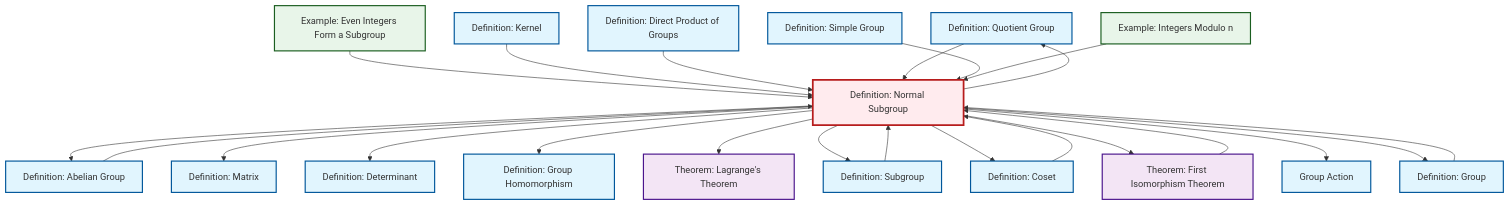
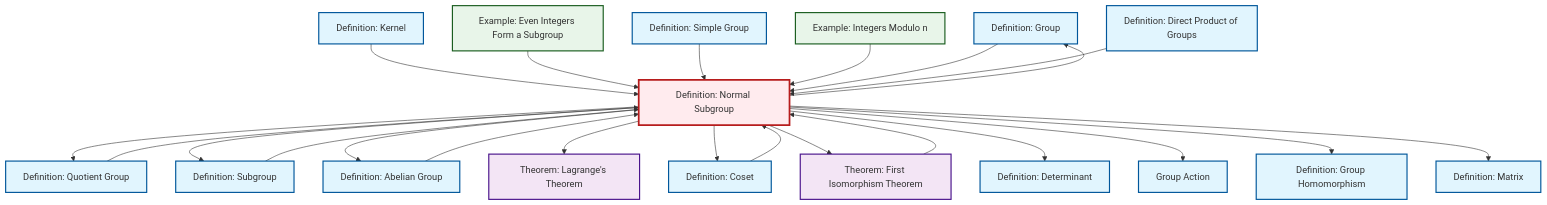
One commit to RK0429/ModernMath changed the diagram in content/ja/algebra/def-normal-subgroup.qmd. Above: the diagram before and after it, drawn with Mermaid. The commit also changed other lines of this file and 18 other files, not shown here.

````diff
--- a/content/ja/algebra/def-normal-subgroup.qmd
+++ b/content/ja/algebra/def-normal-subgroup.qmd
@@ -97,65 +97,65 @@
 ```{mermaid}
 %%| fig-cap: "Local dependency graph"
 graph TD
     classDef definition fill:#e1f5fe,stroke:#01579b,stroke-width:2px
     classDef theorem fill:#f3e5f5,stroke:#4a148c,stroke-width:2px
     classDef axiom fill:#fff3e0,stroke:#e65100,stroke-width:2px
     classDef example fill:#e8f5e9,stroke:#1b5e20,stroke-width:2px
     classDef current fill:#ffebee,stroke:#b71c1c,stroke-width:3px
+    def-homomorphism["Definition: Group Homomorphism"]:::definition
+    def-group["Definition: Group"]:::definition
+    ex-quotient-integers-mod-n["Example: Integers Modulo n"]:::example
+    def-coset["Definition: Coset"]:::definition
+    thm-first-isomorphism["Theorem: First Isomorphism Theorem"]:::theorem
+    thm-lagrange["Theorem: Lagrange's Theorem"]:::theorem
     def-quotient-group["Definition: Quotient Group"]:::definition
+    def-subgroup["Definition: Subgroup"]:::definition
+    def-simple-group["Definition: Simple Group"]:::definition
+    def-matrix["Definition: Matrix"]:::definition
+    def-determinant["Definition: Determinant"]:::definition
     def-direct-product["Definition: Direct Product of Groups"]:::definition
+    ex-even-integers-subgroup["Example: Even Integers Form a Subgroup"]:::example
+    def-abelian-group["Definition: Abelian Group"]:::definition
     def-kernel["Definition: Kernel"]:::definition
     def-group-action["Group Action"]:::definition
-    ex-even-integers-subgroup["Example: Even Integers Form a Subgroup"]:::example
-    def-abelian-group["Definition: Abelian Group"]:::definition
-    def-subgroup["Definition: Subgroup"]:::definition
-    def-simple-group["Definition: Simple Group"]:::definition
-    ex-quotient-integers-mod-n["Example: Integers Modulo n"]:::example
-    def-group["Definition: Group"]:::definition
-    def-matrix["Definition: Matrix"]:::definition
     def-normal-subgroup["Definition: Normal Subgroup"]:::definition
-    def-homomorphism["Definition: Group Homomorphism"]:::definition
-    def-determinant["Definition: Determinant"]:::definition
-    def-coset["Definition: Coset"]:::definition
-    thm-lagrange["Theorem: Lagrange's Theorem"]:::theorem
-    thm-first-isomorphism["Theorem: First Isomorphism Theorem"]:::theorem
-    def-coset --> def-normal-subgroup
-    def-normal-subgroup --> def-abelian-group
-    ex-even-integers-subgroup --> def-normal-subgroup
-    def-normal-subgroup --> def-matrix
-    def-normal-subgroup --> def-determinant
-    def-group --> def-normal-subgroup
-    def-normal-subgroup --> def-homomorphism
-    def-normal-subgroup --> thm-lagrange
-    def-normal-subgroup --> def-subgroup
-    def-subgroup --> def-normal-subgroup
-    def-normal-subgroup --> def-coset
+    def-abelian-group --> def-normal-subgroup
     thm-first-isomorphism --> def-normal-subgroup
     def-kernel --> def-normal-subgroup
-    def-normal-subgroup --> thm-first-isomorphism
-    def-direct-product --> def-normal-subgroup
-    def-normal-subgroup --> def-group-action
+    ex-even-integers-subgroup --> def-normal-subgroup
     def-quotient-group --> def-normal-subgroup
+    def-normal-subgroup --> def-group
+    def-subgroup --> def-normal-subgroup
+    def-normal-subgroup --> def-quotient-group
+    def-normal-subgroup --> def-subgroup
+    def-normal-subgroup --> def-abelian-group
+    def-normal-subgroup --> thm-lagrange
     def-simple-group --> def-normal-subgroup
     ex-quotient-integers-mod-n --> def-normal-subgroup
-    def-abelian-group --> def-normal-subgroup
-    def-normal-subgroup --> def-quotient-group
-    def-normal-subgroup --> def-group
+    def-group --> def-normal-subgroup
+    def-coset --> def-normal-subgroup
+    def-normal-subgroup --> def-coset
+    def-direct-product --> def-normal-subgroup
+    def-normal-subgroup --> thm-first-isomorphism
+    def-normal-subgroup --> def-determinant
+    def-normal-subgroup --> def-group-action
+    def-normal-subgroup --> def-homomorphism
+    def-normal-subgroup --> def-matrix
     class def-normal-subgroup current
+    click def-homomorphism "def-homomorphism.html" "Definition: Group Homomorphismへ"
+    click def-group "def-group.html" "Definition: Groupへ"
+    click ex-quotient-integers-mod-n "ex-quotient-integers-mod-n.html" "Example: Integers Modulo nへ"
+    click def-coset "def-coset.html" "Definition: Cosetへ"
+    click thm-first-isomorphism "thm-first-isomorphism.html" "Theorem: First Isomorphism Theoremへ"
+    click thm-lagrange "thm-lagrange.html" "Theorem: Lagrange's Theoremへ"
     click def-quotient-group "def-quotient-group.html" "Definition: Quotient Groupへ"
+    click def-subgroup "def-subgroup.html" "Definition: Subgroupへ"
+    click def-simple-group "def-simple-group.html" "Definition: Simple Groupへ"
+    click def-matrix "def-matrix.html" "Definition: Matrixへ"
+    click def-determinant "def-determinant.html" "Definition: Determinantへ"
     click def-direct-product "def-direct-product.html" "Definition: Direct Product of Groupsへ"
+    click ex-even-integers-subgroup "ex-even-integers-subgroup.html" "Example: Even Integers Form a Subgroupへ"
+    click def-abelian-group "def-abelian-group.html" "Definition: Abelian Groupへ"
     click def-kernel "def-kernel.html" "Definition: Kernelへ"
     click def-group-action "def-group-action.html" "Group Actionへ"
-    click ex-even-integers-subgroup "ex-even-integers-subgroup.html" "Example: Even Integers Form a Subgroupへ"
-    click def-abelian-group "def-abelian-group.html" "Definition: Abelian Groupへ"
-    click def-subgroup "def-subgroup.html" "Definition: Subgroupへ"
-    click def-simple-group "def-simple-group.html" "Definition: Simple Groupへ"
-    click ex-quotient-integers-mod-n "ex-quotient-integers-mod-n.html" "Example: Integers Modulo nへ"
-    click def-group "def-group.html" "Definition: Groupへ"
-    click def-matrix "def-matrix.html" "Definition: Matrixへ"
-    click def-homomorphism "def-homomorphism.html" "Definition: Group Homomorphismへ"
-    click def-determinant "def-determinant.html" "Definition: Determinantへ"
-    click def-coset "def-coset.html" "Definition: Cosetへ"
-    click thm-lagrange "thm-lagrange.html" "Theorem: Lagrange's Theoremへ"
-    click thm-first-isomorphism "thm-first-isomorphism.html" "Theorem: First Isomorphism Theoremへ"
 ```
````
